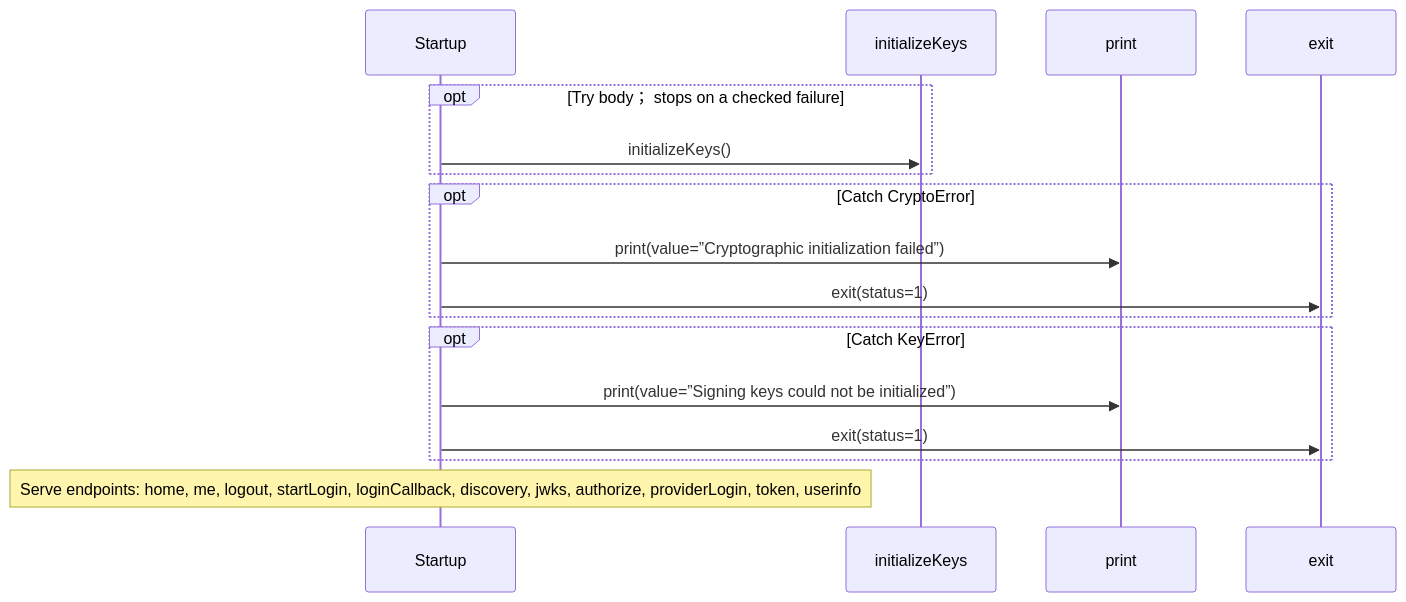
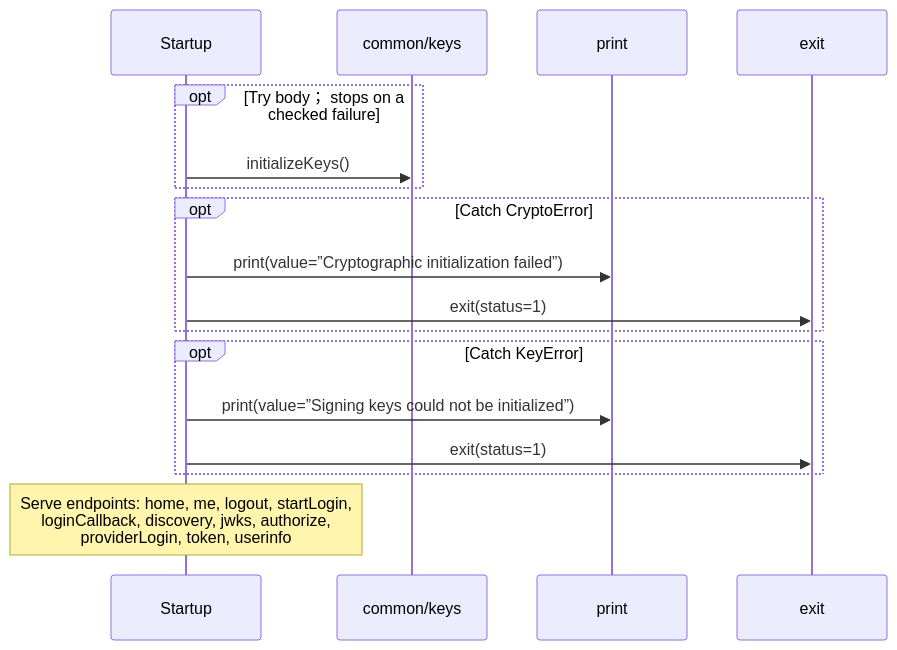
The second of 2 diagrams in docs/examples/oidc-login/main-diagrams.md (GreenPandaStudios/augscript), drawn with Mermaid before and after one commit. The commit also changed 200 other files, not shown here.

Commit message:
Group imported operations and wrap readable sequence messages

````diff
--- a/docs/examples/oidc-login/main-diagrams.md
+++ b/docs/examples/oidc-login/main-diagrams.md
@@ -39,19 +39,19 @@
 ```mermaid
 sequenceDiagram
     participant p0 as Startup
-    participant p1 as initializeKeys
+    participant p1 as common/keys
     participant p2 as print
     participant p3 as exit
     opt Try body； stops on a checked failure
     p0->>p1: initializeKeys()
     end
     opt Catch CryptoError
     p0->>p2: print(value=”Cryptographic initialization failed”)
     p0->>p3: exit(status=1)
     end
     opt Catch KeyError
     p0->>p2: print(value=”Signing keys could not be initialized”)
     p0->>p3: exit(status=1)
     end
-    Note over p0: Serve endpoints: home, me, logout, startLogin, loginCallback, discovery, jwks, authorize, providerLogin, token, userinfo
+    Note over p0: Serve endpoints: home, me, logout, startLogin,<br/>loginCallback, discovery, jwks, authorize,<br/>providerLogin, token, userinfo
 ```
````
